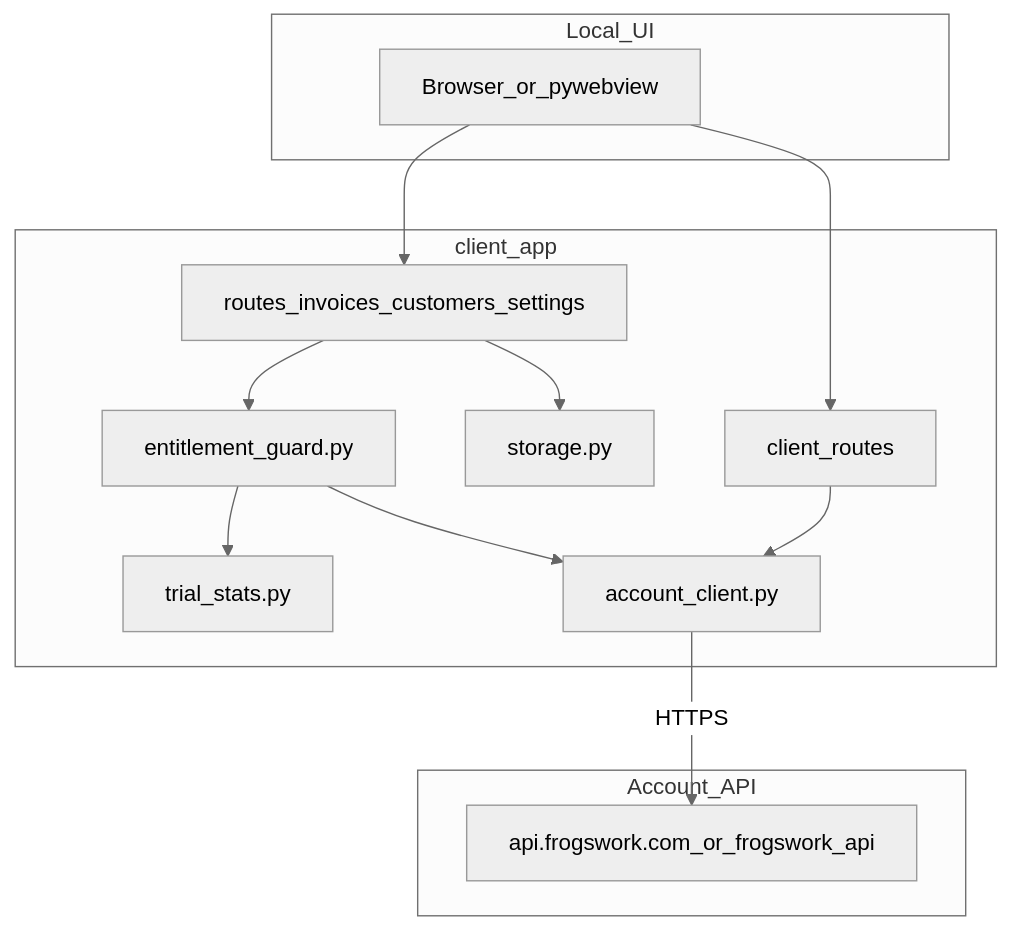
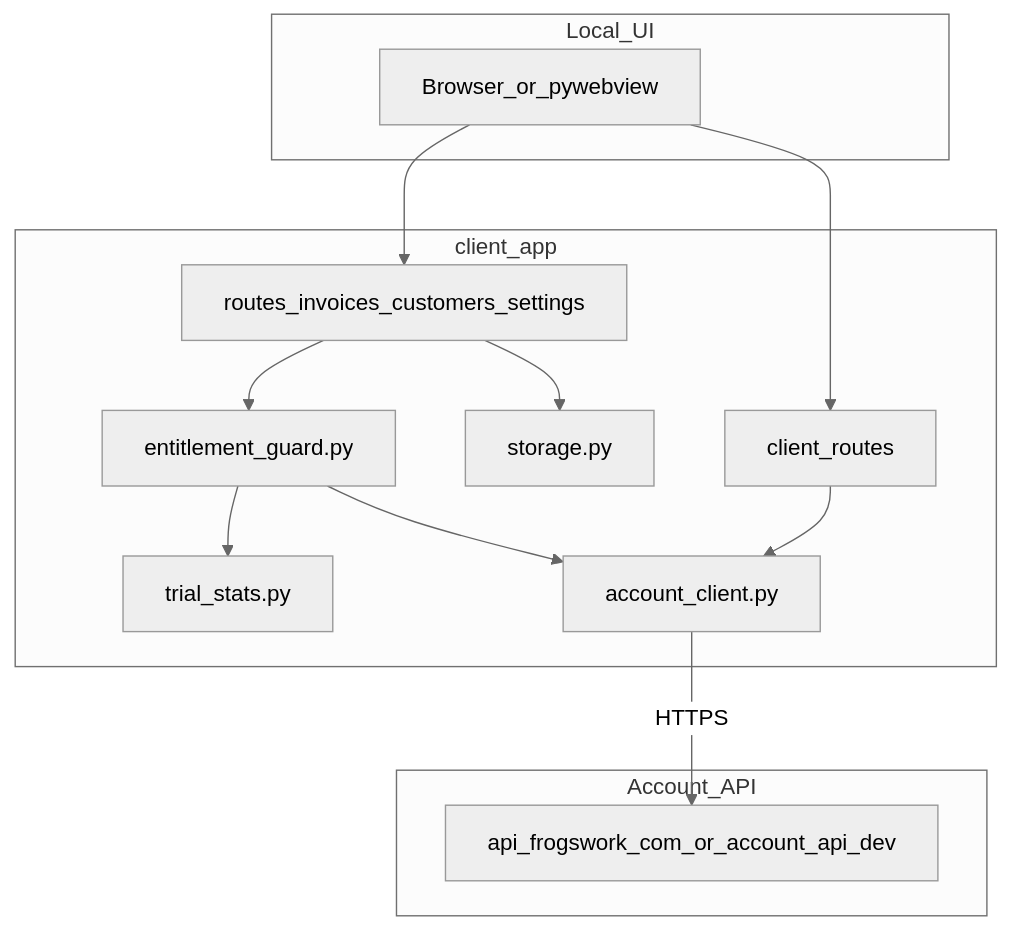
The diagram in client_app/ARCHITECTURE.md (KorraOne/FrogsWorkInvoicer), drawn with Mermaid (neutral theme) before and after one commit. The commit also changed other lines of this file and 30 other files, not shown here.

````diff
--- a/client_app/ARCHITECTURE.md
+++ b/client_app/ARCHITECTURE.md
@@ -7,25 +7,25 @@
 ```mermaid
 flowchart TB
     subgraph ui [Local_UI]
         Browser[Browser_or_pywebview]
     end
     subgraph flask [client_app]
         Routes[routes_invoices_customers_settings]
         AccountRoutes[client_routes]
         Storage[storage.py]
         Trial[trial_stats.py]
         Entitlement[entitlement_guard.py]
         AccountClient[account_client.py]
     end
     subgraph remote [Account_API]
-        API[api.frogswork.com_or_frogswork_api]
+        API[api_frogswork_com_or_account_api_dev]
     end
     Browser --> Routes
     Browser --> AccountRoutes
     Routes --> Storage
     Routes --> Entitlement
     Entitlement --> Trial
     Entitlement --> AccountClient
     AccountRoutes --> AccountClient
     AccountClient -->|HTTPS| API
 ```
````
